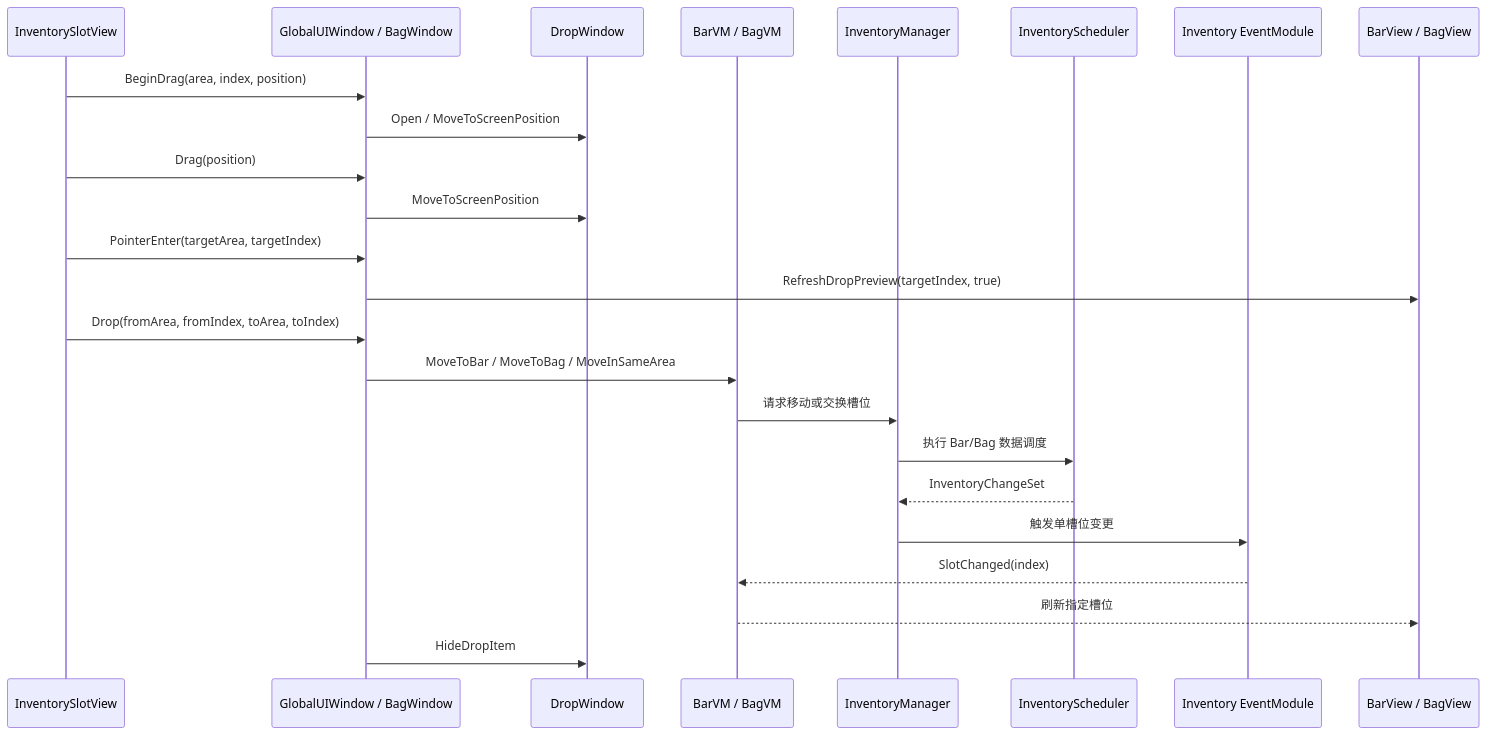
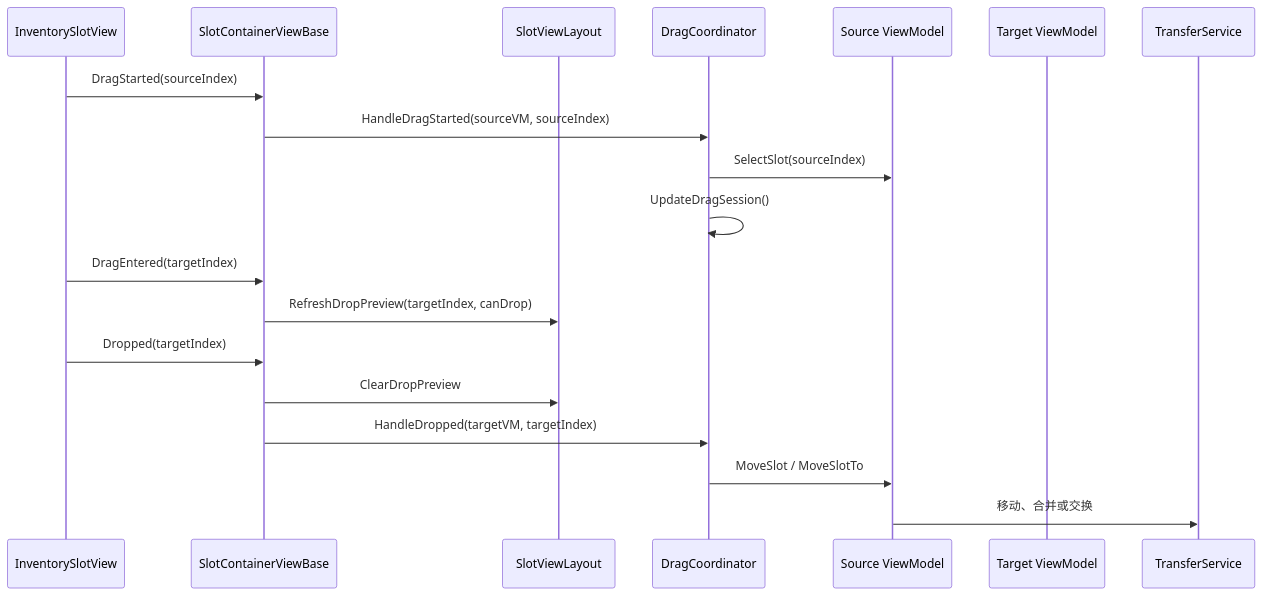
The first of 2 diagrams in Assets/Scripts/Inventory/README.md (Whitesheeeep/MTWY), drawn with Mermaid before and after one commit. The commit also changed other lines of this file and 137 other files, not shown here.

````diff
--- a/Assets/Scripts/Inventory/README.md
+++ b/Assets/Scripts/Inventory/README.md
@@ -180,27 +57,22 @@
 ```mermaid
 sequenceDiagram
     participant Slot as InventorySlotView
-    participant Window as GlobalUIWindow / BagWindow
-    participant Drop as DropWindow
-    participant VM as BarVM / BagVM
-    participant Manager as InventoryManager
-    participant Scheduler as InventoryScheduler
-    participant Event as Inventory EventModule
-    participant View as BarView / BagView
+    participant View as SlotContainerViewBase
+    participant Layout as SlotViewLayout
+    participant Coordinator as DragCoordinator
+    participant SourceVM as Source ViewModel
+    participant TargetVM as Target ViewModel
+    participant Service as TransferService
 
-    Slot->>Window: BeginDrag(area, index, position)
-    Window->>Drop: Open / MoveToScreenPosition
-    Slot->>Window: Drag(position)
-    Window->>Drop: MoveToScreenPosition
-    Slot->>Window: PointerEnter(targetArea, targetIndex)
-    Window->>View: RefreshDropPreview(targetIndex, true)
-    Slot->>Window: Drop(fromArea, fromIndex, toArea, toIndex)
-    Window->>VM: MoveToBar / MoveToBag / MoveInSameArea
-    VM->>Manager: 请求移动或交换槽位
-    Manager->>Scheduler: 执行 Bar/Bag 数据调度
-    Scheduler-->>Manager: InventoryChangeSet
-    Manager->>Event: 触发单槽位变更
-    Event-->>VM: SlotChanged(index)
-    VM-->>View: 刷新指定槽位
-    Window->>Drop: HideDropItem
+    Slot->>View: DragStarted(sourceIndex)
+    View->>Coordinator: HandleDragStarted(sourceVM, sourceIndex)
+    Coordinator->>SourceVM: SelectSlot(sourceIndex)
+    Coordinator->>Coordinator: UpdateDragSession()
+    Slot->>View: DragEntered(targetIndex)
+    View->>Layout: RefreshDropPreview(targetIndex, canDrop)
+    Slot->>View: Dropped(targetIndex)
+    View->>Layout: ClearDropPreview
+    View->>Coordinator: HandleDropped(targetVM, targetIndex)
+    Coordinator->>SourceVM: MoveSlot / MoveSlotTo
+    SourceVM->>Service: 移动、合并或交换
 ```
````
